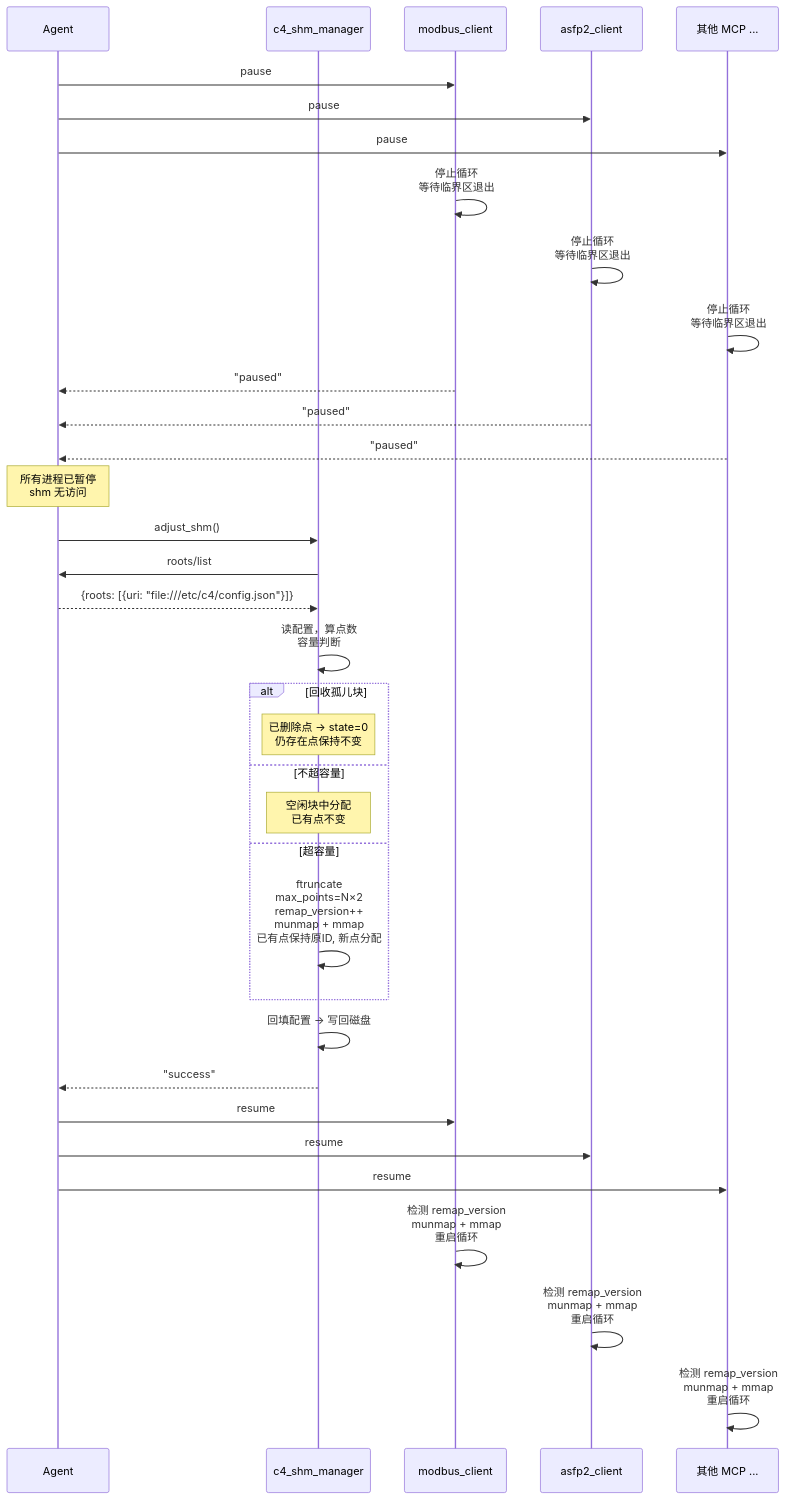
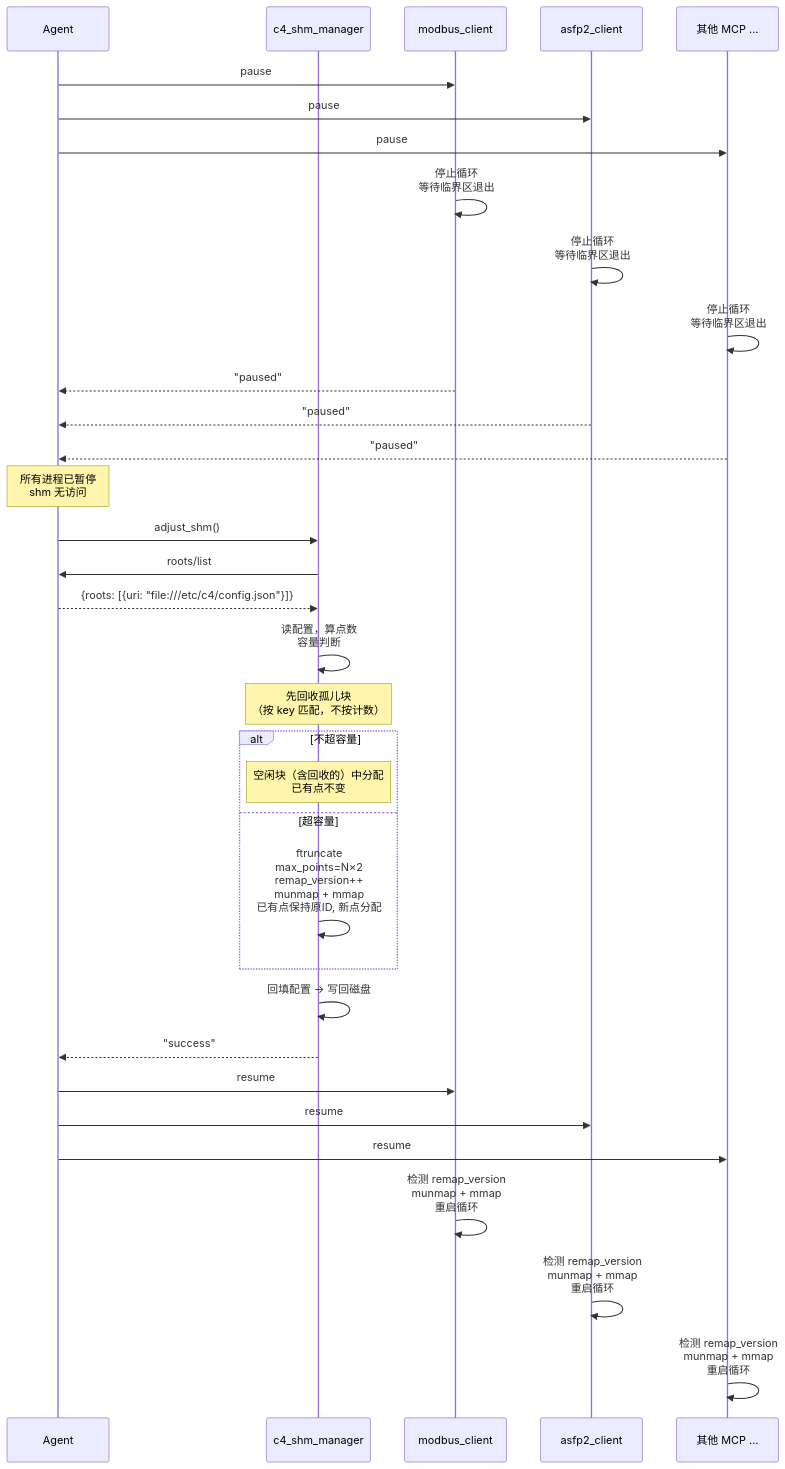
One commit to activesys/c4 changed the second of 9 diagrams in docs/design/c4_shm_manager.md. Above: the diagram before and after it, drawn with Mermaid. The commit also changed other lines of this file and 8 other files, not shown here.

````diff
--- a/docs/design/c4_shm_manager.md
+++ b/docs/design/c4_shm_manager.md
@@ -125,41 +128,40 @@
 ```mermaid
 sequenceDiagram
     participant A as Agent
     participant S as c4_shm_manager
     participant M1 as modbus_client
     participant M2 as asfp2_client
     participant M3 as 其他 MCP ...
 
     A->>M1: pause
     A->>M2: pause
     A->>M3: pause
     M1->>M1: 停止循环<br/>等待临界区退出
     M2->>M2: 停止循环<br/>等待临界区退出
     M3->>M3: 停止循环<br/>等待临界区退出
     M1-->>A: "paused"
     M2-->>A: "paused"
     M3-->>A: "paused"
 
     Note over A: 所有进程已暂停<br/>shm 无访问
 
     A->>S: adjust_shm()
     S->>A: roots/list
     A-->>S: {roots: [{uri: "file:///etc/c4/config.json"}]}
     S->>S: 读配置，算点数<br/>容量判断
-    alt 回收孤儿块
-        Note over S: 已删除点 → state=0<br/>仍存在点保持不变
-    else 不超容量
-        Note over S: 空闲块中分配<br/>已有点不变
+    Note over S: 先回收孤儿块<br/>（按 key 匹配，不按计数）
+    alt 不超容量
+        Note over S: 空闲块（含回收的）中分配<br/>已有点不变
     else 超容量
         S->>S: ftruncate<br/>max_points=N×2<br/>remap_version++<br/>munmap + mmap<br/>已有点保持原ID, 新点分配
     end
     S->>S: 回填配置 → 写回磁盘
     S-->>A: "success"
 
     A->>M1: resume
     A->>M2: resume
     A->>M3: resume
     M1->>M1: 检测 remap_version<br/>munmap + mmap<br/>重启循环
     M2->>M2: 检测 remap_version<br/>munmap + mmap<br/>重启循环
     M3->>M3: 检测 remap_version<br/>munmap + mmap<br/>重启循环
 ```
````
